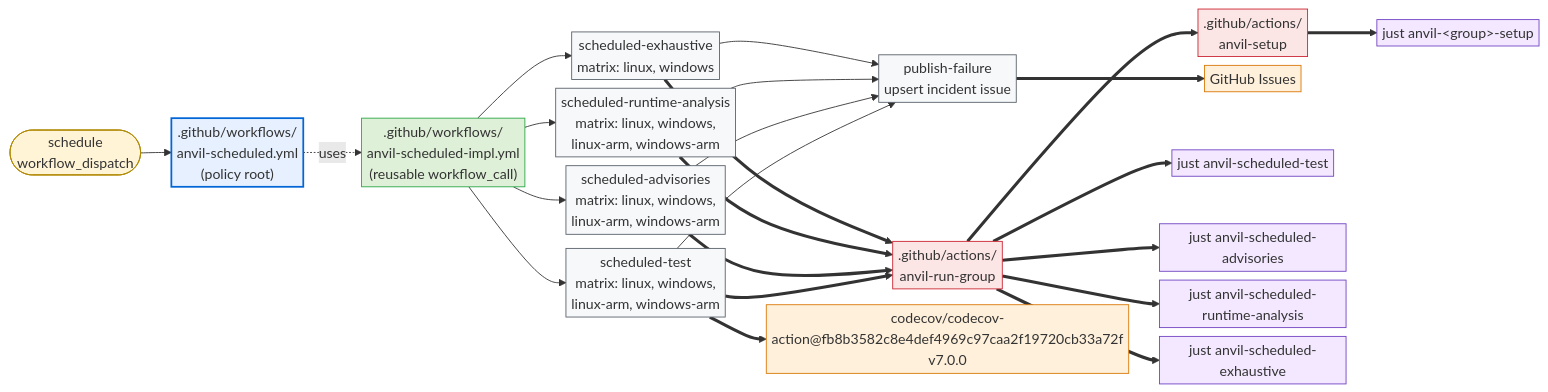
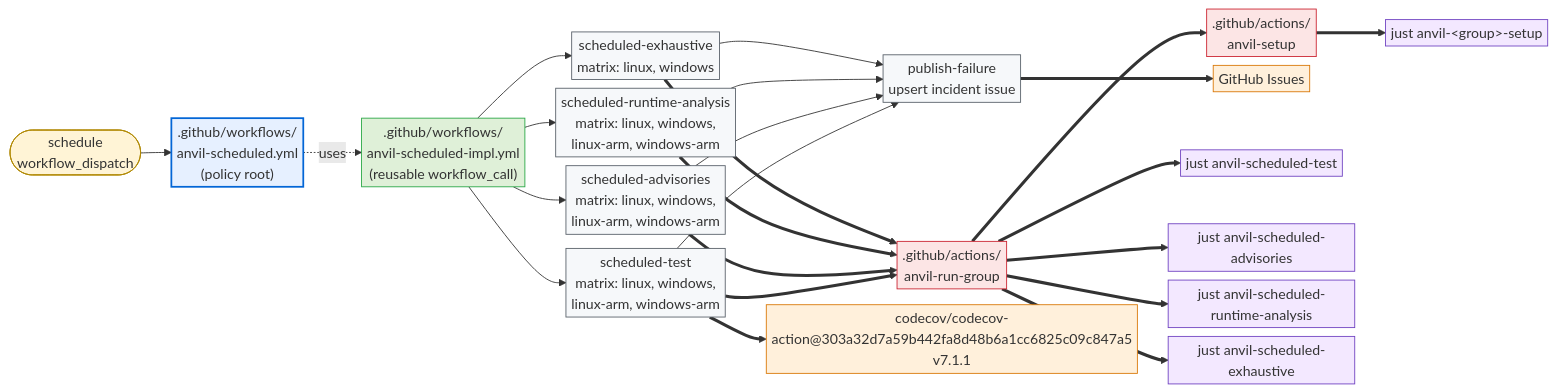
The second of 2 diagrams in crates/cargo-anvil/docs/design/github.md (microsoft/ox-tools), drawn with Mermaid before and after one commit. The commit also changed other lines of this file and 7 other files, not shown here.

````diff
--- a/crates/cargo-anvil/docs/design/github.md
+++ b/crates/cargo-anvil/docs/design/github.md
@@ -122,54 +122,54 @@
 ```mermaid
 %%{init: {"flowchart": {"nodeSpacing": 10, "rankSpacing": 35, "padding": 3}, "themeVariables": {"fontSize": "16px"}}}%%
 flowchart LR
     sched_evt([schedule<br/>workflow_dispatch]):::trigger
     sched_root[".github/workflows/<br/>anvil-scheduled.yml<br/>(policy root)"]:::root
     sched_impl[".github/workflows/<br/>anvil-scheduled-impl.yml<br/>(reusable workflow_call)"]:::impl
     stest_job["scheduled-test<br/>matrix: linux, windows,<br/>linux-arm, windows-arm"]:::job
     sadv_job["scheduled-advisories<br/>matrix: linux, windows,<br/>linux-arm, windows-arm"]:::job
     srun_job["scheduled-runtime-analysis<br/>matrix: linux, windows,<br/>linux-arm, windows-arm"]:::job
     sexh_job["scheduled-exhaustive<br/>matrix: linux, windows"]:::job
     publish_job["publish-failure<br/>upsert incident issue"]:::job
     setup_act[".github/actions/<br/>anvil-setup"]:::action
     run_group_act[".github/actions/<br/>anvil-run-group"]:::action
-    codecov_act["codecov/codecov-action@fb8b3582c8e4def4969c97caa2f19720cb33a72f<br/>v7.0.0"]:::external
+    codecov_act["codecov/codecov-action@303a32d7a59b442fa8d48b6a1cc6825c09c847a5<br/>v7.1.1"]:::external
     github_issues["GitHub Issues"]:::external
     stest_just["just anvil-scheduled-test"]:::recipe
     sadv_just["just anvil-scheduled-advisories"]:::recipe
     srun_just["just anvil-scheduled-runtime-analysis"]:::recipe
     sexh_just["just anvil-scheduled-exhaustive"]:::recipe
     setup_just["just anvil-&lt;group&gt;-setup"]:::recipe
 
     sched_evt --> sched_root
     sched_root -. uses .-> sched_impl
     sched_impl --> stest_job
     sched_impl --> sadv_job
     sched_impl --> srun_job
     sched_impl --> sexh_job
     stest_job --> publish_job
     sadv_job --> publish_job
     srun_job --> publish_job
     sexh_job --> publish_job
 
     stest_job ==> run_group_act
     stest_job ==> codecov_act
     sadv_job ==> run_group_act
     srun_job ==> run_group_act
     sexh_job ==> run_group_act
     publish_job ==> github_issues
 
     run_group_act ==> setup_act
     run_group_act ==> stest_just
     run_group_act ==> sadv_just
     run_group_act ==> srun_just
     run_group_act ==> sexh_just
     setup_act ==> setup_just
 
     classDef trigger fill:#fff4d6,stroke:#b08800,stroke-width:1px;
     classDef root fill:#e6f0ff,stroke:#0366d6,stroke-width:2px;
     classDef impl fill:#dff0d8,stroke:#28a745,stroke-width:1px;
     classDef job fill:#f6f8fa,stroke:#586069,stroke-width:1px;
     classDef action fill:#fce5e5,stroke:#cb2431,stroke-width:1px;
     classDef external fill:#fff0db,stroke:#d97706,stroke-width:1px;
     classDef recipe fill:#f3e8ff,stroke:#6f42c1,stroke-width:1px;
 ```
````
